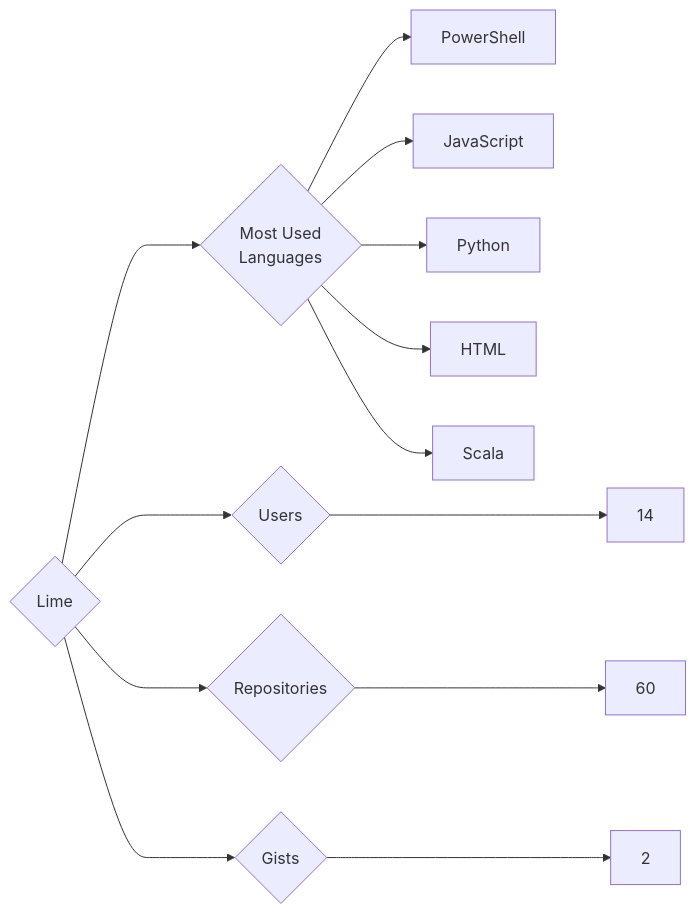
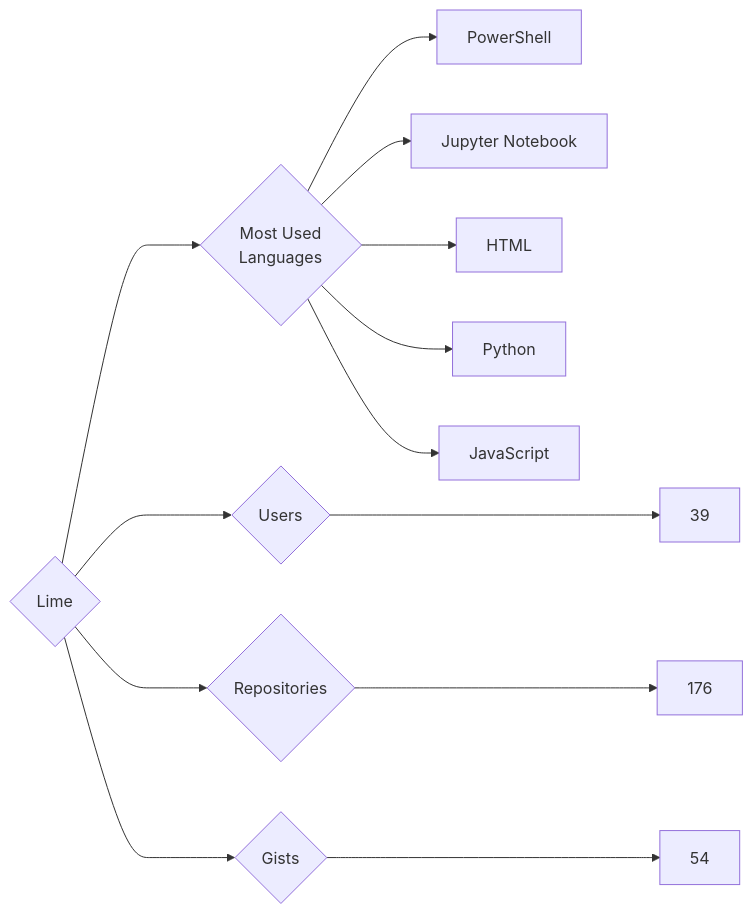
Before and after one commit to trickest/insiders: the diagram in targets/Lime/README.md, drawn with Mermaid. The commit also changed 597 other files, not shown here.

````diff
--- a/targets/Lime/README.md
+++ b/targets/Lime/README.md
@@ -3,13 +3,13 @@
 ```mermaid
 graph LR
 COMPANY_NAME{Lime}
-COMPANY_NAME ---> U{Users} ---> UN[14]
-COMPANY_NAME ---> R{Repositories} ---> RN[60]
-COMPANY_NAME ---> G{Gists} ---> GN[2]
+COMPANY_NAME ---> U{Users} ---> UN[39]
+COMPANY_NAME ---> R{Repositories} ---> RN[176]
+COMPANY_NAME ---> G{Gists} ---> GN[54]
 COMPANY_NAME ---> ML{Most Used<br>Languages}
 ML --> PowerShell[PowerShell]
+ML --> Jupyter_Notebook[Jupyter Notebook]
+ML --> HTML[HTML]
+ML --> Python[Python]
 ML --> JavaScript[JavaScript]
-ML --> Python[Python]
-ML --> HTML[HTML]
-ML --> Scala[Scala]
 ```
````
